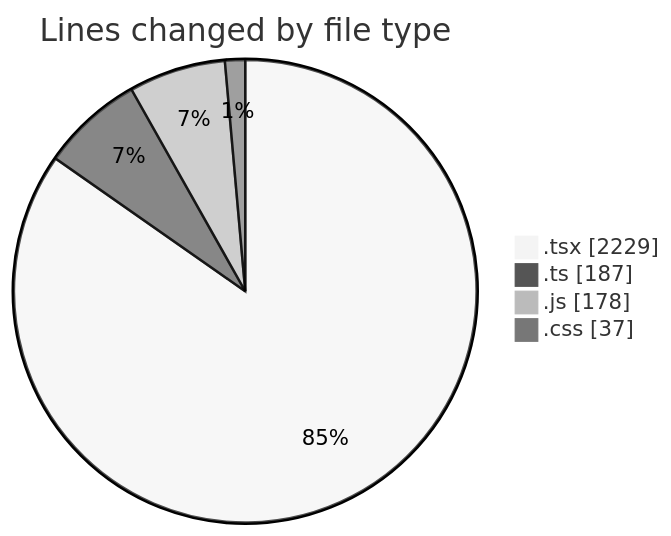
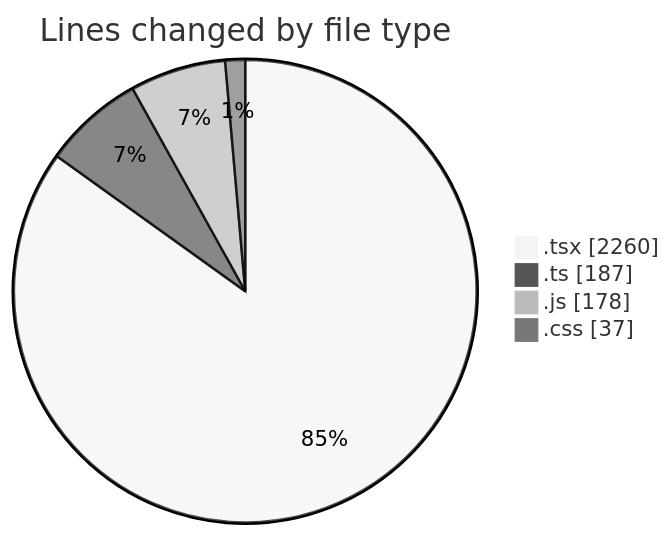
The first of 2 diagrams in 2025-02-03/mbc-web/README.md (robertbonfada/code-tracking), drawn with Mermaid (neutral theme) before and after one commit. The commit also changed other lines of this file and 1 other file, not shown here.

````diff
--- a/2025-02-03/mbc-web/README.md
+++ b/2025-02-03/mbc-web/README.md
@@ -33,8 +33,8 @@
 ```mermaid
 pie showData
 title Lines changed by file type
-".tsx" : 2229
+".tsx" : 2260
 ".ts" : 187
 ".js" : 178
 ".css" : 37
 ```
````
